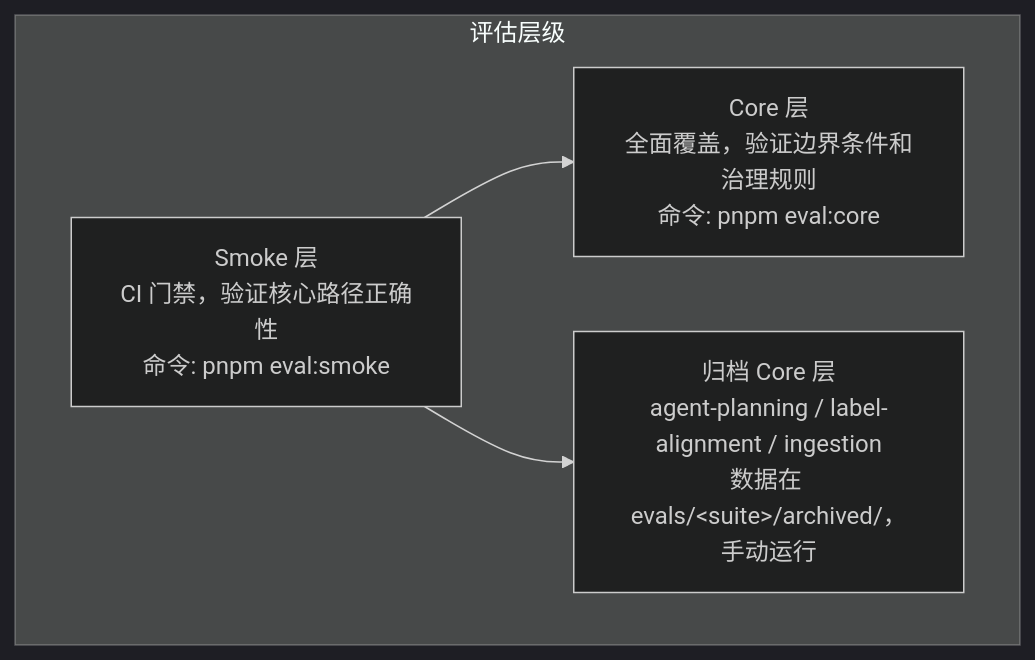
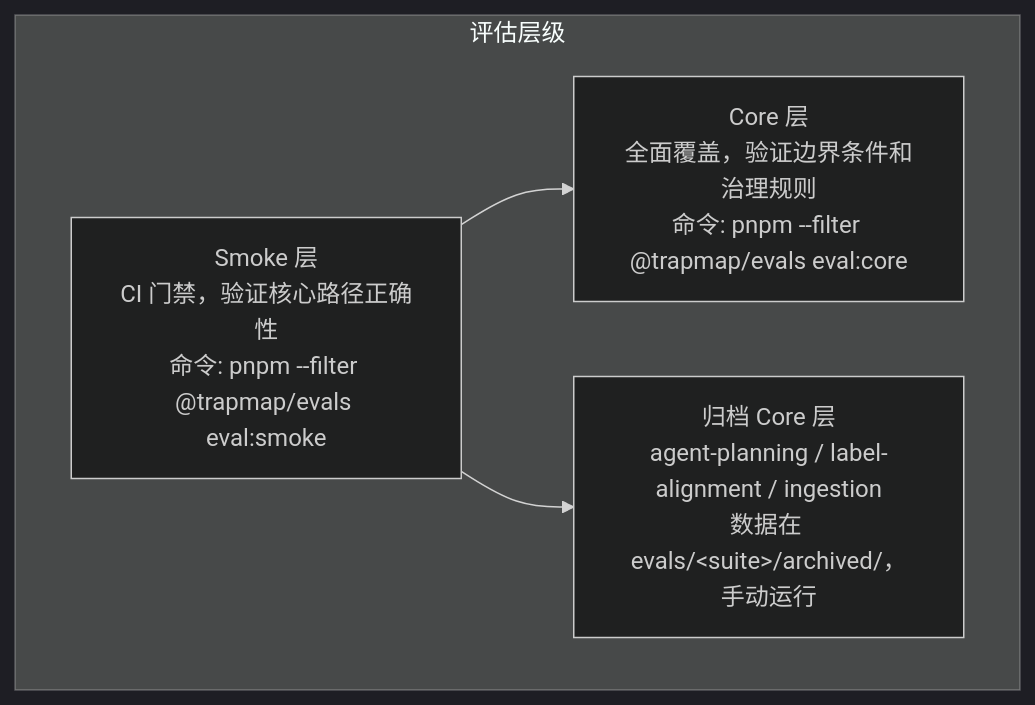
One commit to pofossette/TrapMap-for-vibing changed the diagram in docs/operations/TESTING.md. Above: the diagram before and after it, drawn with Mermaid (dark theme). The commit also changed other lines of this file and 28 other files, not shown here.

Commit message:
docs(ci): migrate eval/stress/bench refs to pnpm --filter @trapmap/evals|benchmarks and add dev:web table

````diff
--- a/docs/operations/TESTING.md
+++ b/docs/operations/TESTING.md
@@ -11,11 +11,11 @@
 ```mermaid
 flowchart TB
     subgraph 评估层级["评估层级"]
-        Smoke["Smoke 层<br/>CI 门禁，验证核心路径正确性<br/>命令: pnpm eval:smoke"]
-        Core["Core 层<br/>全面覆盖，验证边界条件和治理规则<br/>命令: pnpm eval:core"]
+        Smoke["Smoke 层<br/>CI 门禁，验证核心路径正确性<br/>命令: pnpm --filter @trapmap/evals eval:smoke"]
+        Core["Core 层<br/>全面覆盖，验证边界条件和治理规则<br/>命令: pnpm --filter @trapmap/evals eval:core"]
         ArchivedCore["归档 Core 层<br/>agent-planning / label-alignment / ingestion<br/>数据在 evals/&lt;suite&gt;/archived/，手动运行"]
 
         Smoke --> Core
         Smoke --> ArchivedCore
     end
 ```
````
